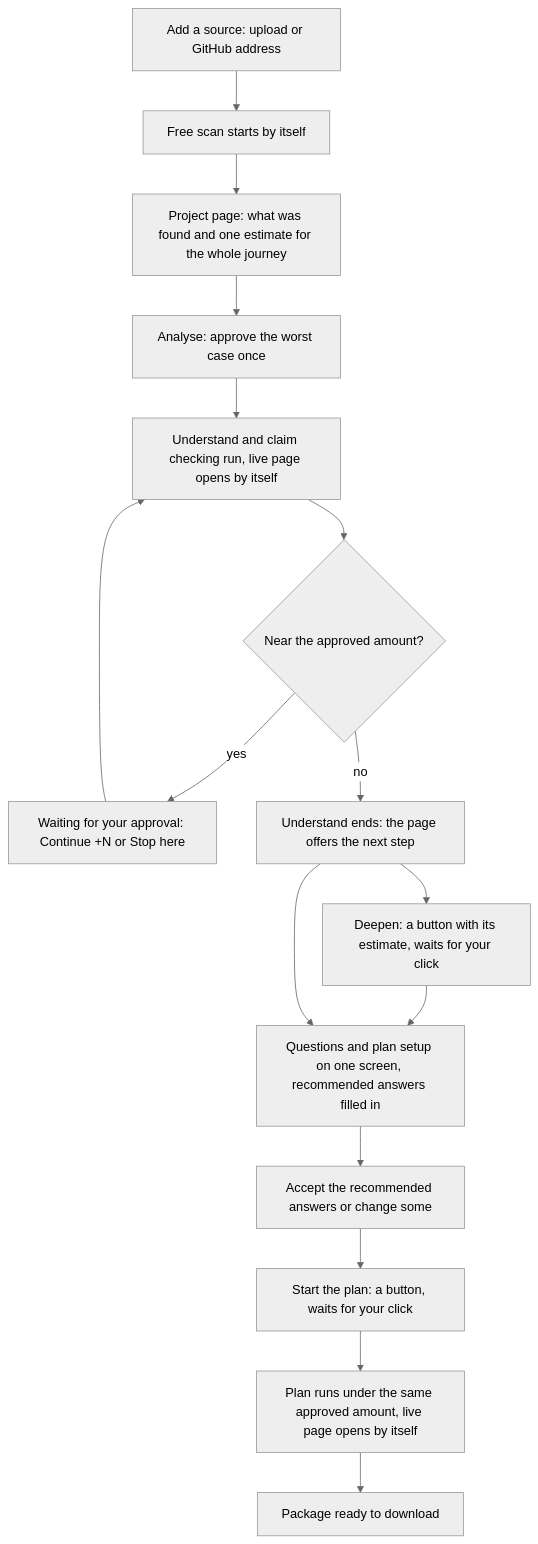
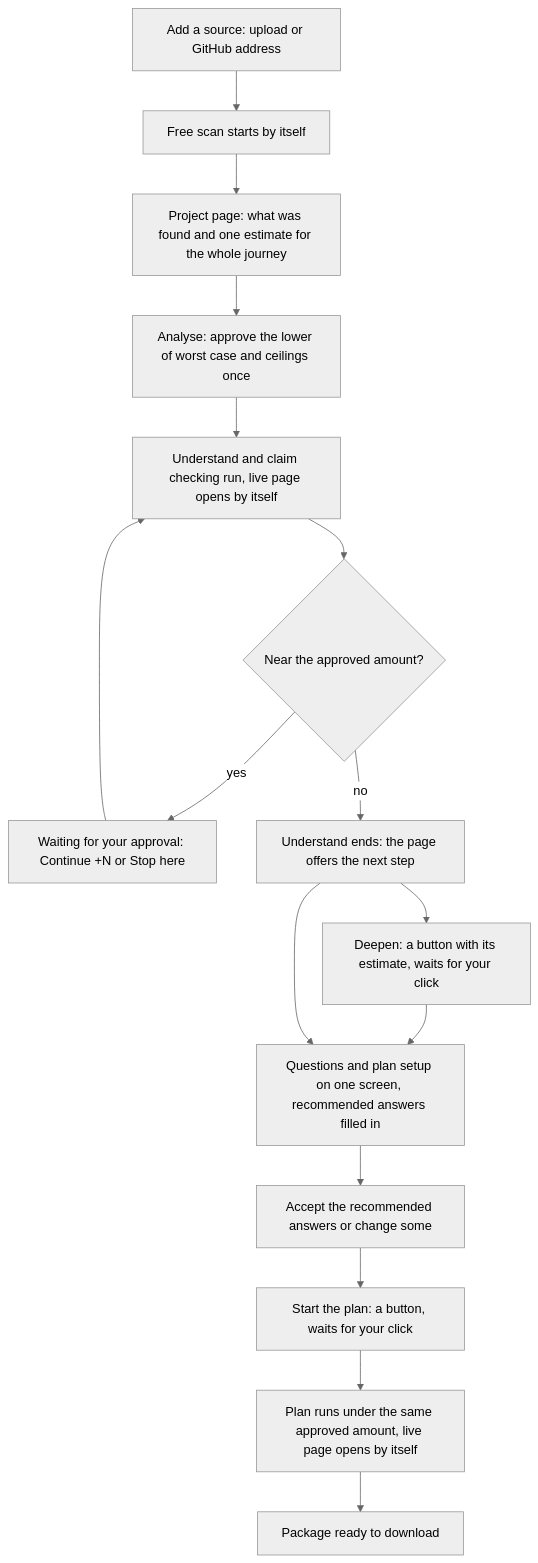
One commit to blacklight0101/Rosetta changed the eighth of 9 diagrams in docs/process-flows.md. Above: the diagram before and after it, drawn with Mermaid (neutral theme). The commit also changed 48 other files, not shown here.

First line of the commit message:
feat: approve the lower of worst case and ceilings, pause (P8-03) (#1154)

````diff
--- a/docs/process-flows.md
+++ b/docs/process-flows.md
@@ -196,17 +196,17 @@
 ```mermaid
 flowchart TB
   A[Add a source: upload or GitHub address] --> B[Free scan starts by itself]
   B --> C[Project page: what was found and one estimate for the whole journey]
-  C --> D[Analyse: approve the worst case once]
+  C --> D[Analyse: approve the lower of worst case and ceilings once]
   D --> E[Understand and claim checking run, live page opens by itself]
   E --> F{Near the approved amount?}
   F -->|yes| G[Waiting for your approval: Continue +N or Stop here] --> E
   F -->|no| H[Understand ends: the page offers the next step]
   H --> I[Deepen: a button with its estimate, waits for your click]
   I --> J[Questions and plan setup on one screen, recommended answers filled in]
   H --> J
   J --> K[Accept the recommended answers or change some]
   K --> L[Start the plan: a button, waits for your click]
   L --> M[Plan runs under the same approved amount, live page opens by itself]
   M --> N[Package ready to download]
 ```
````
